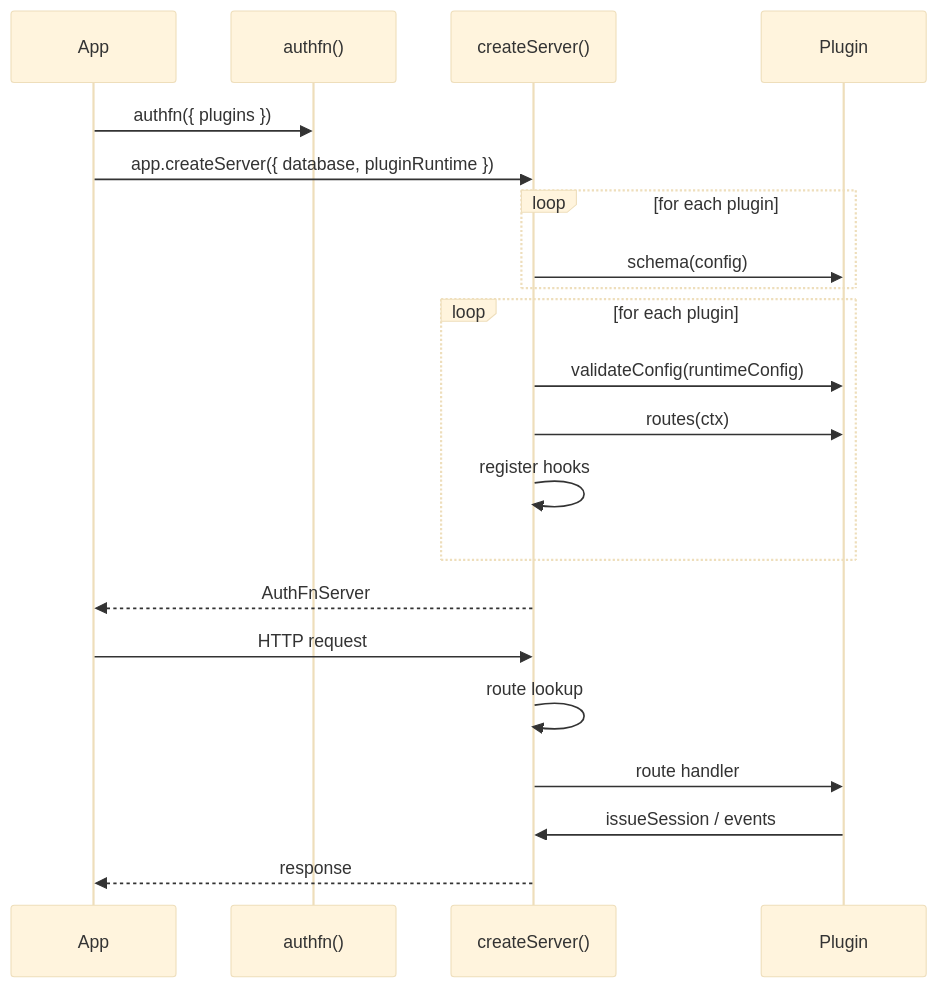
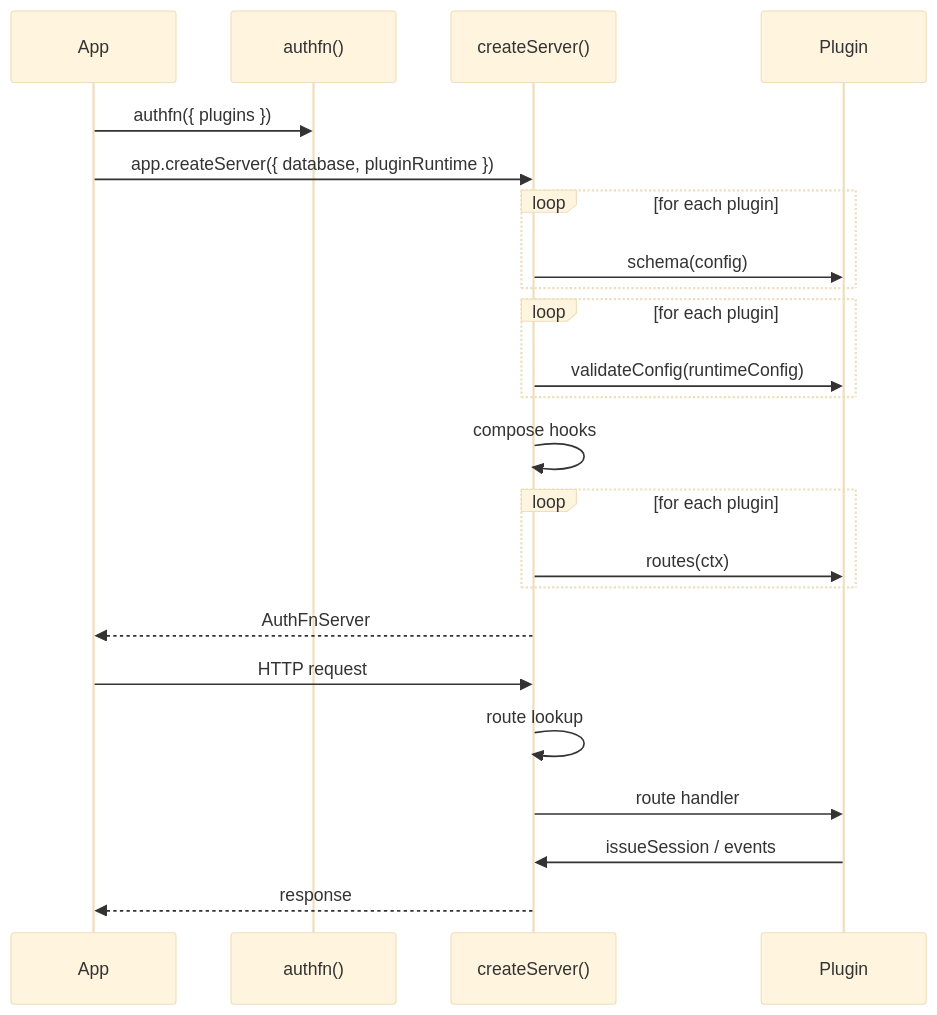
The diagram in authfn/docs/content/docs/core-concepts/plugins.md (21nCo/super-functions), drawn with Mermaid (base theme) before and after one commit. The commit also changed other lines of this file and 27 other files, not shown here.

````diff
--- a/authfn/docs/content/docs/core-concepts/plugins.md
+++ b/authfn/docs/content/docs/core-concepts/plugins.md
@@ -48,25 +48,27 @@
 ```mermaid
 sequenceDiagram
   participant App
   participant Declare as authfn()
   participant Server as createServer()
   participant P as Plugin
 
   App->>Declare: authfn({ plugins })
   App->>Server: app.createServer({ database, pluginRuntime })
   loop for each plugin
     Server->>P: schema(config)
   end
   loop for each plugin
     Server->>P: validateConfig(runtimeConfig)
+  end
+  Server->>Server: compose hooks
+  loop for each plugin
     Server->>P: routes(ctx)
-    Server->>Server: register hooks
   end
   Server-->>App: AuthFnServer
 
   App->>Server: HTTP request
   Server->>Server: route lookup
   Server->>P: route handler
   P->>Server: issueSession / events
   Server-->>App: response
 ```
````
